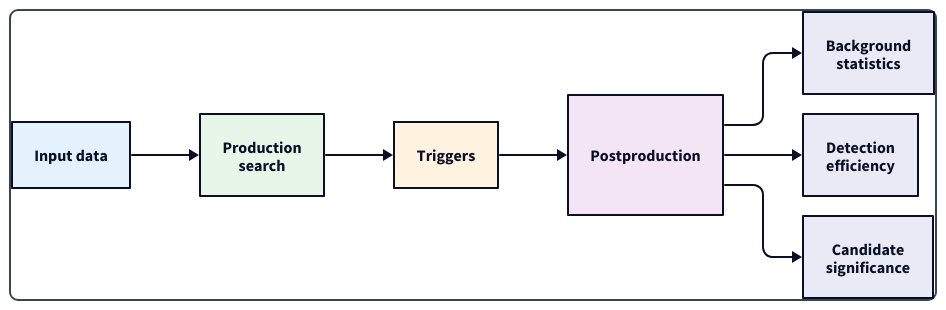
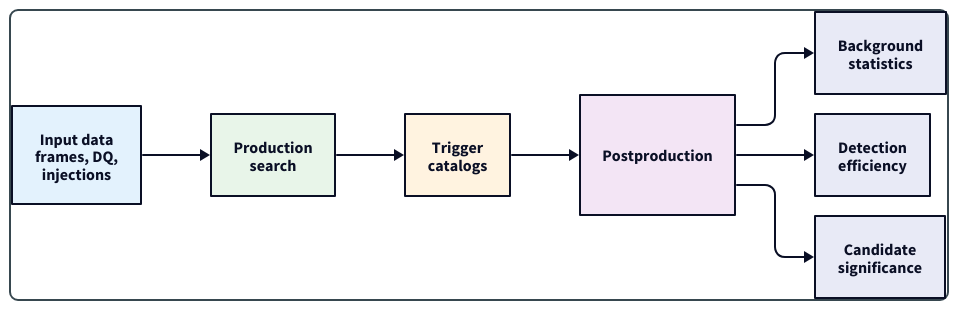
Before and after one commit to PycWB/pycwb: the diagram in docs/source/_static/diagrams/pipeline_overview.d2, drawn with D2. The commit also changed 22 other files, not shown here.

Commit message:
docs: refresh workflow diagrams and their renderer

```diff
--- a/docs/source/_static/diagrams/pipeline_overview.d2
+++ b/docs/source/_static/diagrams/pipeline_overview.d2
@@ -1,32 +1,35 @@
-# Homepage overview
+# Homepage overview (index.rst uses :width: 100%, about.rst natural size).
+# Kept left to right and about as wide as the docs column so the banner is
+# shown close to 1:1.
 direction: right
 
 vars: {
   d2-config: {
     layout-engine: elk
     theme-id: 1
+    pad: 16
   }
 }
 
 style: {
   fill: "#ffffff"
   stroke: "#37474f"
   stroke-width: 2
   border-radius: 8
   font-color: "#263238"
   font-size: 14
   shadow: true
 }
 
-Input data -> "Production\nsearch" -> Triggers -> Postproduction
-Postproduction -> "Background\nstatistics"
-Postproduction -> "Detection\nefficiency"
-Postproduction -> "Candidate\nsignificance"
+input: "Input data\nframes, DQ,\ninjections" {style.fill: "#e3f2fd"}
+search: "Production\nsearch" {style.fill: "#e8f5e9"}
+triggers: "Trigger\ncatalogs" {style.fill: "#fff3e0"}
+post: "Postproduction" {style.fill: "#f3e5f5"}
+background: "Background\nstatistics" {style.fill: "#e8eaf6"}
+efficiency: "Detection\nefficiency" {style.fill: "#e8eaf6"}
+significance: "Candidate\nsignificance" {style.fill: "#e8eaf6"}
 
-Input data.style.fill: "#e3f2fd"
-"Production\nsearch".style.fill: "#e8f5e9"
-Triggers.style.fill: "#fff3e0"
-Postproduction.style.fill: "#f3e5f5"
-"Background\nstatistics".style.fill: "#e8eaf6"
-"Detection\nefficiency".style.fill: "#e8eaf6"
-"Candidate\nsignificance".style.fill: "#e8eaf6"
+input -> search -> triggers -> post
+post -> background
+post -> efficiency
+post -> significance
```
